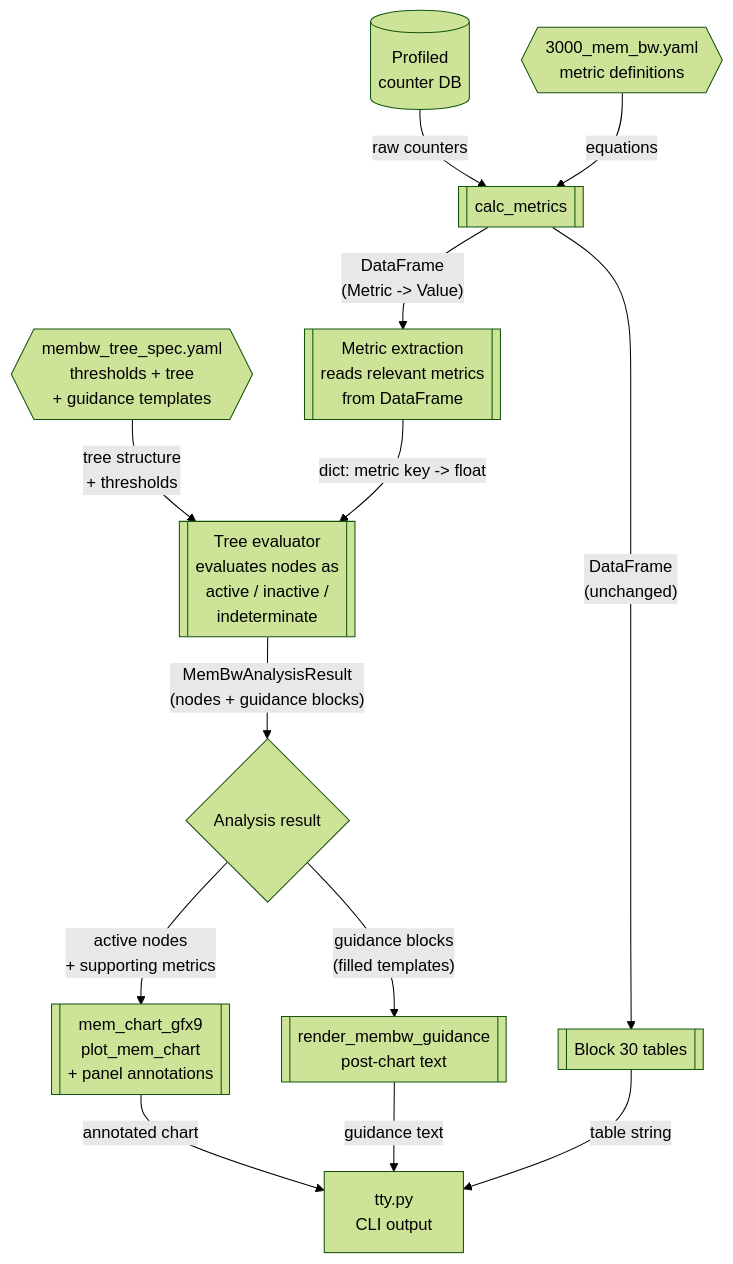
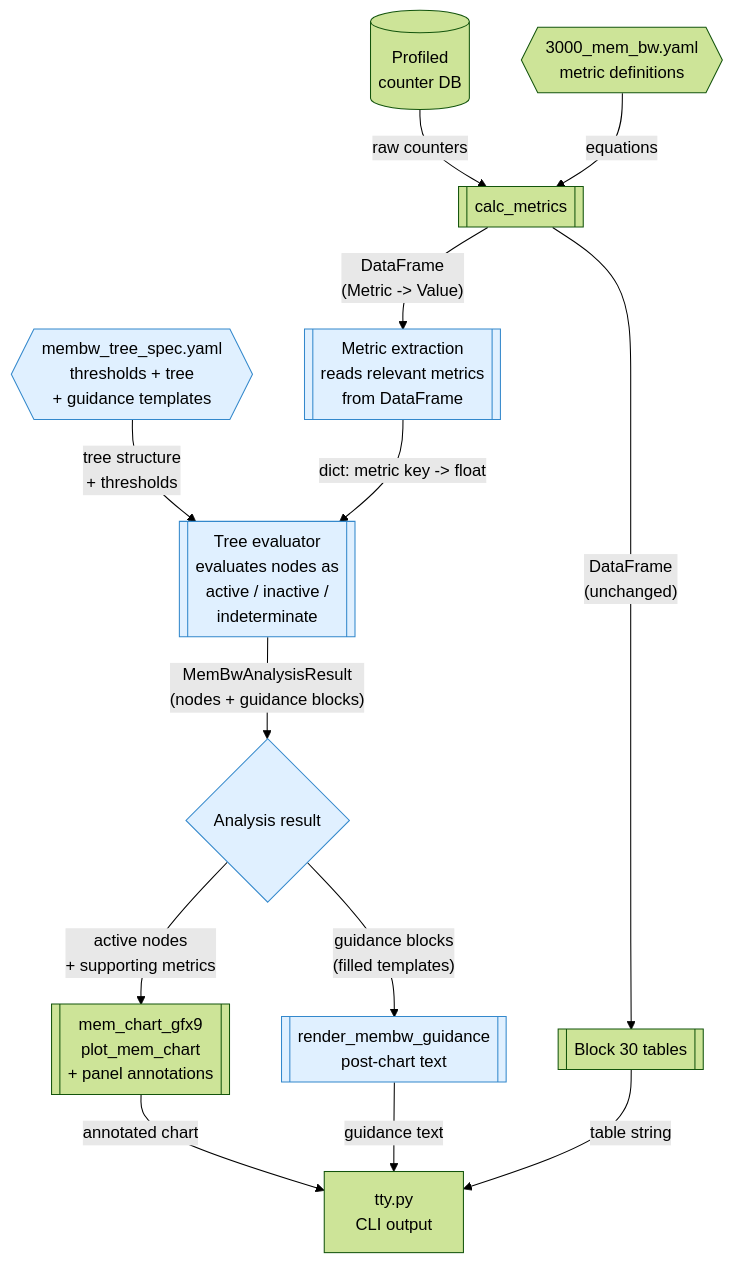
Before and after one commit to ROCm/rocm-systems: the second of 3 diagrams in projects/rocprofiler-compute/docs/design/hld-membw-guided-analysis-in-memchart.md, drawn with Mermaid (forest theme). The commit also changed other lines of this file and 1 other file, not shown here.

````diff
--- a/projects/rocprofiler-compute/docs/design/hld-membw-guided-analysis-in-memchart.md
+++ b/projects/rocprofiler-compute/docs/design/hld-membw-guided-analysis-in-memchart.md
@@ -230,23 +223,29 @@
 ```mermaid
 flowchart TD
     DB[(Profiled<br/>counter DB)]
     B30{{3000_mem_bw.yaml<br/>metric definitions}}
     TS{{membw_tree_spec.yaml<br/>thresholds + tree<br/>+ guidance templates}}
 
     DB -- raw counters --> CALC[[calc_metrics]]
     B30 -- equations --> CALC
 
     CALC -- "DataFrame<br/>(Metric -> Value)" --> ME[[Metric extraction<br/>reads relevant metrics<br/>from DataFrame]]
     TS -- tree structure<br/>+ thresholds --> ENG[[Tree evaluator<br/>evaluates nodes as<br/>active / inactive /<br/>indeterminate]]
     ME -- "dict: metric key -> float" --> ENG
 
     ENG -- "MemBwAnalysisResult<br/>(nodes + guidance blocks)" --> AR{Analysis result}
 
     AR -- "active nodes<br/>+ supporting metrics" --> MC[[mem_chart_gfx9<br/>plot_mem_chart<br/>+ panel annotations]]
     AR -- "guidance blocks<br/>(filled templates)" --> GR[[render_membw_guidance<br/>post-chart text]]
     CALC -- "DataFrame<br/>(unchanged)" --> B30T[[Block 30 tables]]
 
     MC -- annotated chart --> TTY[tty.py<br/>CLI output]
     GR -- guidance text --> TTY
     B30T -- table string --> TTY
+
+    style TS fill:#e0f0ff,stroke:#3388cc
+    style ME fill:#e0f0ff,stroke:#3388cc
+    style ENG fill:#e0f0ff,stroke:#3388cc
+    style AR fill:#e0f0ff,stroke:#3388cc
+    style GR fill:#e0f0ff,stroke:#3388cc
 ```
````
